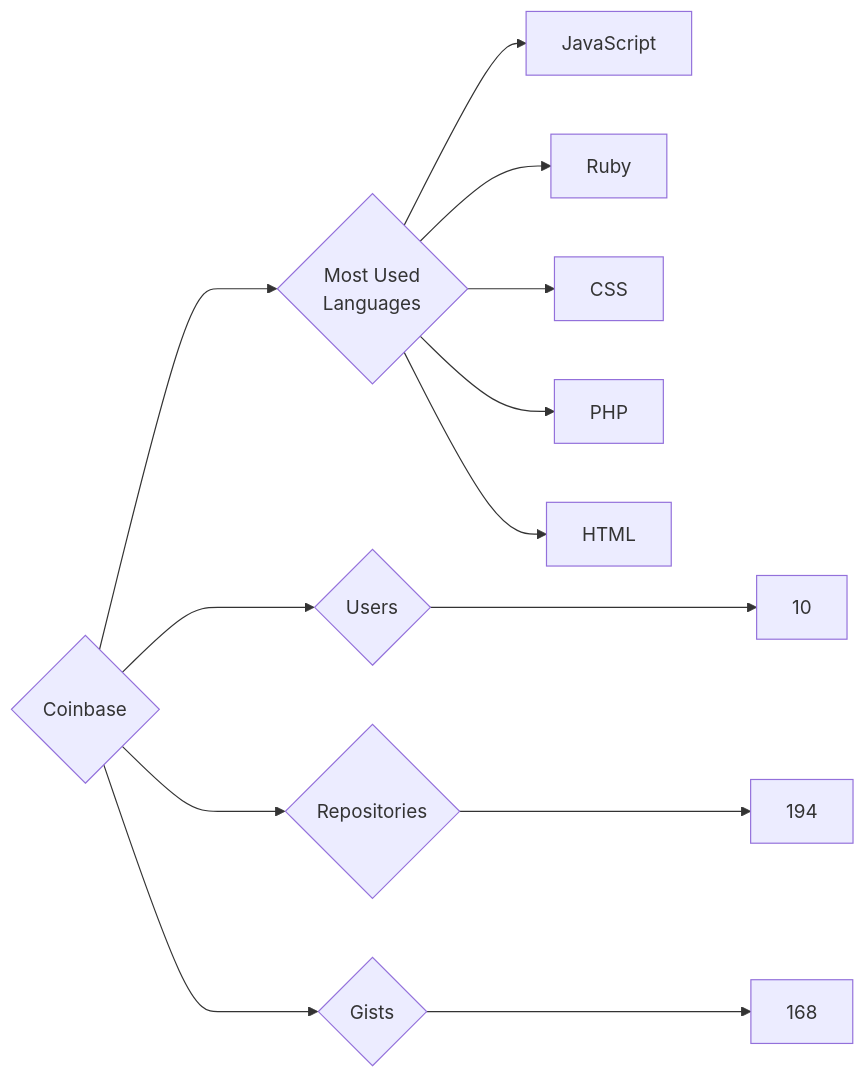
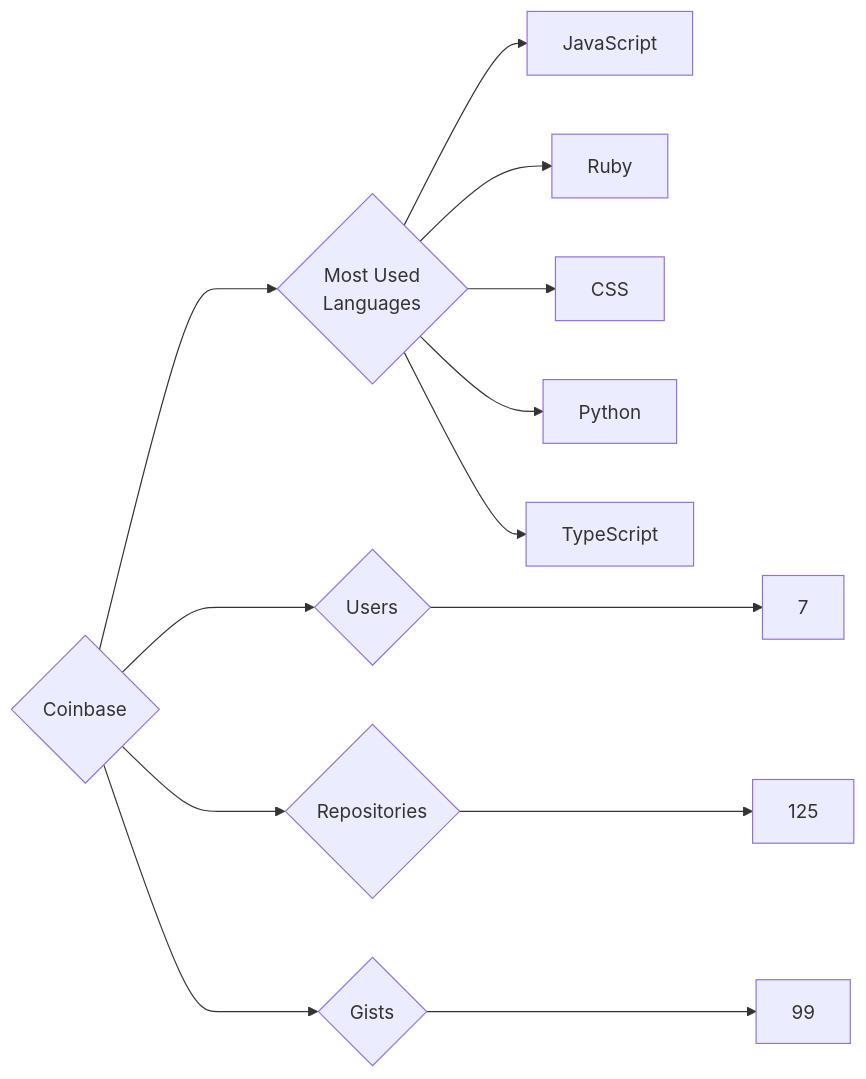
One commit to trickest/insiders changed the diagram in targets/Coinbase/README.md. Above: the diagram before and after it, drawn with Mermaid. The commit also changed 1030 other files, not shown here.

````diff
--- a/targets/Coinbase/README.md
+++ b/targets/Coinbase/README.md
@@ -3,13 +3,13 @@
 ```mermaid
 graph LR
 COMPANY_NAME{Coinbase}
-COMPANY_NAME ---> U{Users} ---> UN[10]
-COMPANY_NAME ---> R{Repositories} ---> RN[194]
-COMPANY_NAME ---> G{Gists} ---> GN[168]
+COMPANY_NAME ---> U{Users} ---> UN[7]
+COMPANY_NAME ---> R{Repositories} ---> RN[125]
+COMPANY_NAME ---> G{Gists} ---> GN[99]
 COMPANY_NAME ---> ML{Most Used<br>Languages}
 ML --> JavaScript[JavaScript]
 ML --> Ruby[Ruby]
 ML --> CSS[CSS]
-ML --> PHP[PHP]
-ML --> HTML[HTML]
+ML --> Python[Python]
+ML --> TypeScript[TypeScript]
 ```
````
